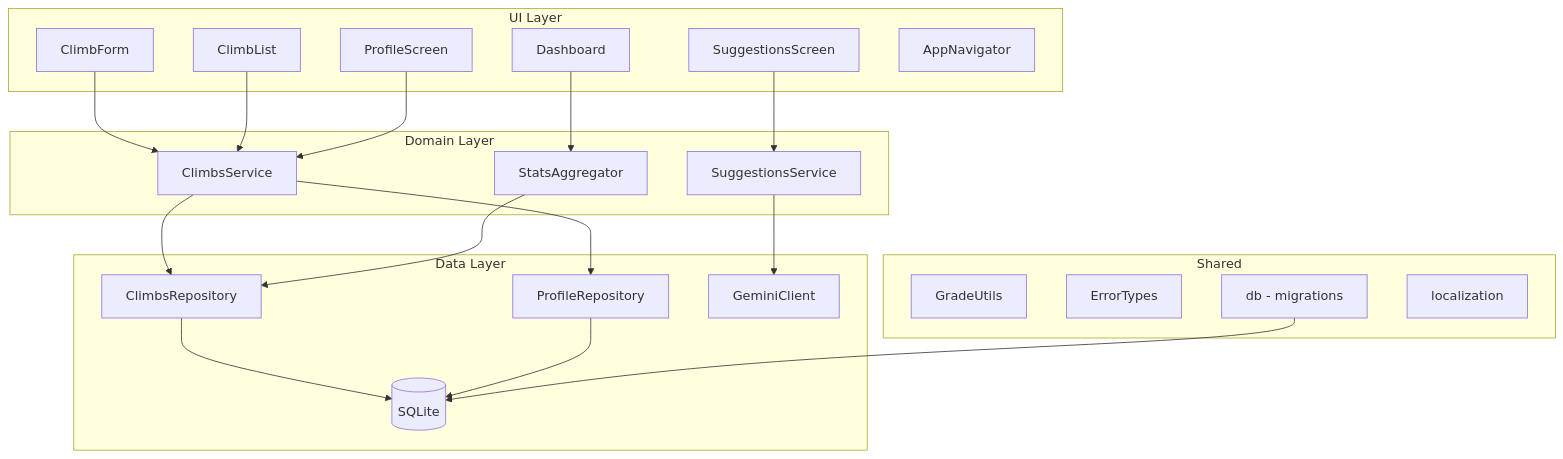
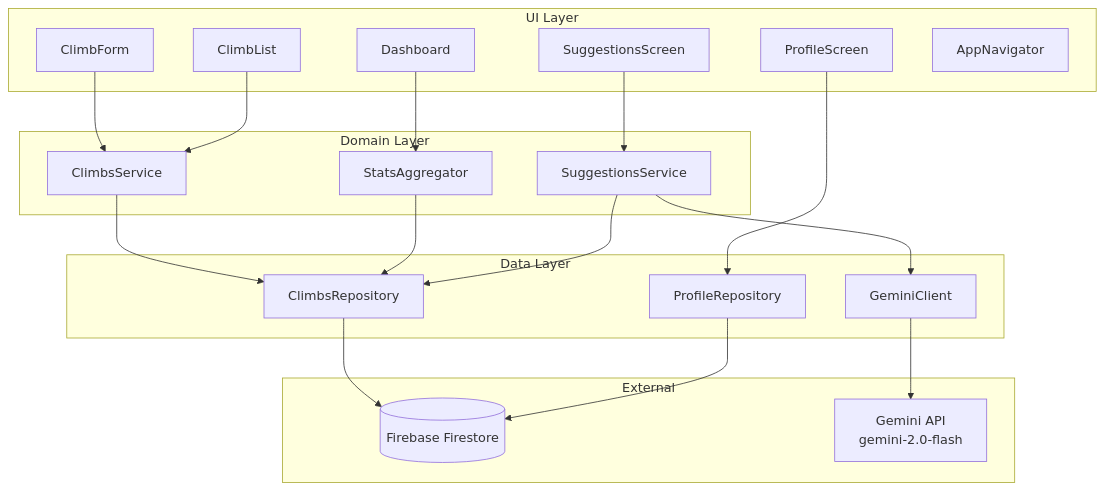
The diagram in .kiro/specs/climber-app/design.md (linjinhsien/0418), drawn with Mermaid before and after one commit. The commit also changed other lines of this file and 2 other files, not shown here.

````diff
--- a/.kiro/specs/climber-app/design.md
+++ b/.kiro/specs/climber-app/design.md
@@ -13,46 +13,43 @@
 ```mermaid
 graph TD
   subgraph UI Layer
     CF[ClimbForm]
     CL[ClimbList]
     DB[Dashboard]
     SS[SuggestionsScreen]
     PS[ProfileScreen]
     AN[AppNavigator]
   end
 
   subgraph Domain Layer
     CS[ClimbsService]
     SA[StatsAggregator]
     SVC[SuggestionsService]
   end
 
   subgraph Data Layer
     CR[ClimbsRepository]
     PR[ProfileRepository]
     GC[GeminiClient]
-    DB2[(SQLite)]
   end
 
-  subgraph Shared
-    GU[GradeUtils]
-    ET[ErrorTypes]
-    DBM[db - migrations]
-    LOC[localization]
+  subgraph External
+    FS[(Firebase Firestore)]
+    GM[Gemini API\ngemini-2.0-flash]
   end
 
   CF --> CS
   CL --> CS
   DB --> SA
   SS --> SVC
-  PS --> CS
+  PS --> PR
 
   CS --> CR
   SA --> CR
   SVC --> GC
-  CS --> PR
+  SVC --> CR
 
-  CR --> DB2
-  PR --> DB2
-  DBM --> DB2
+  CR --> FS
+  PR --> FS
+  GC --> GM
 ```
````
